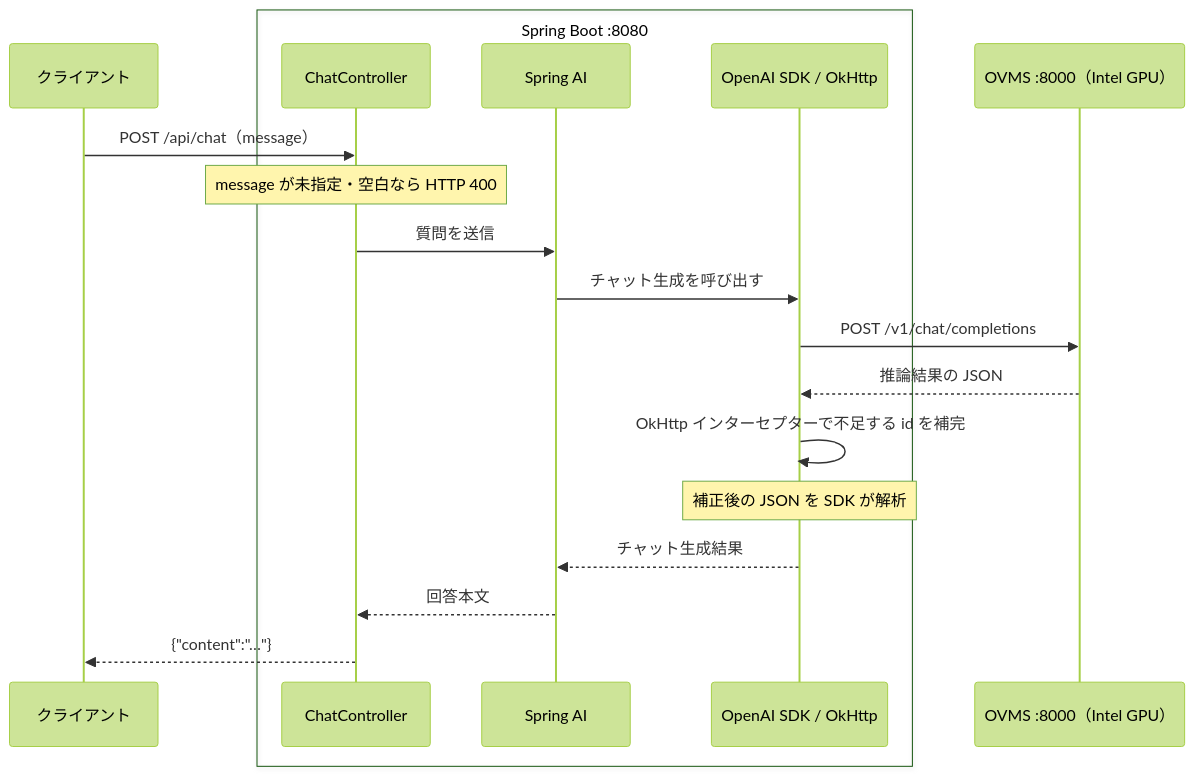
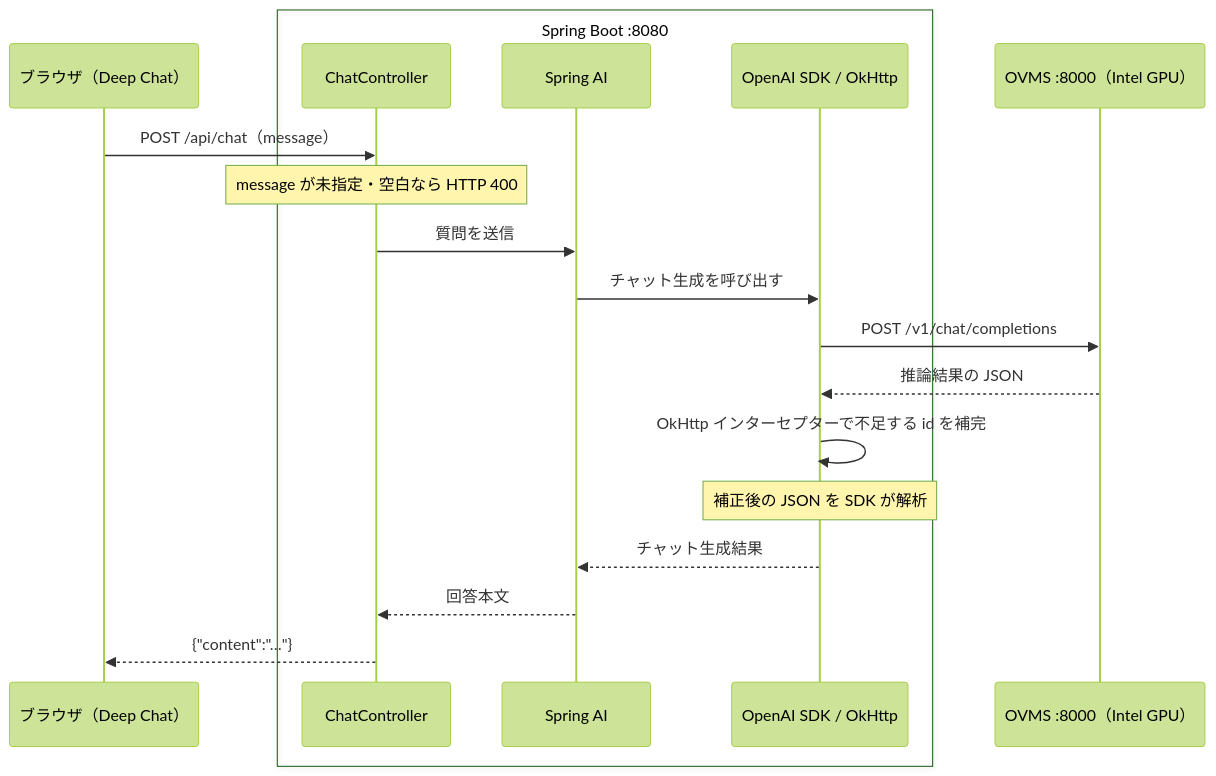
The diagram in README.md (tanakari/spring-ai-local-llm-chat), drawn with Mermaid (forest theme) before and after one commit. The commit also changed other lines of this file and 5 other files, not shown here.

Commit message:
feat: Deep Chat の画面と API 接続を追加し、OVMS との設定見直し

````diff
--- a/README.md
+++ b/README.md
@@ -9,22 +9,22 @@
 ```mermaid
 sequenceDiagram
-    participant Client as クライアント
+    participant Client as ブラウザ（Deep Chat）
     box Spring Boot :8080
         participant Controller as ChatController
         participant AI as Spring AI
         participant SDK as OpenAI SDK / OkHttp
     end
     participant OVMS as OVMS :8000（Intel GPU）
 
     Client->>Controller: POST /api/chat（message）
     Note over Controller: message が未指定・空白なら HTTP 400
     Controller->>AI: 質問を送信
     AI->>SDK: チャット生成を呼び出す
     SDK->>OVMS: POST /v1/chat/completions
     OVMS-->>SDK: 推論結果の JSON
     SDK->>SDK: OkHttp インターセプターで不足する id を補完
     Note over SDK: 補正後の JSON を SDK が解析
     SDK-->>AI: チャット生成結果
     AI-->>Controller: 回答本文
     Controller-->>Client: {"content":"…"}
 ```
````
